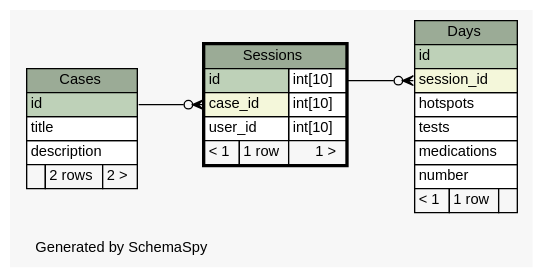
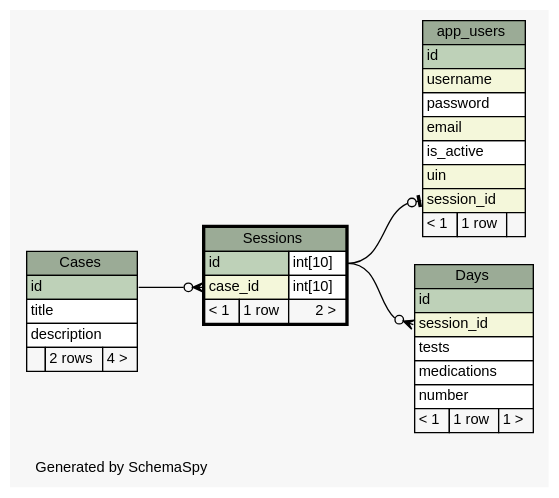
The diagram in web/files/schema/diagrams/Sessions.1degree.dot (carrel2/CaseStudies), drawn with Graphviz before and after one commit. The commit also changed 87 other files, not shown here.

Commit message:
More work on database schema

```diff
--- a/web/files/schema/diagrams/Sessions.1degree.dot
+++ b/web/files/schema/diagrams/Sessions.1degree.dot
@@ -1,63 +1,78 @@
 // dot 2.38.0 on Linux 4.4.0-59-generic
 // SchemaSpy rev 590
 digraph "oneDegreeRelationshipsDiagram" {
   graph [
     rankdir="RL"
     bgcolor="#f7f7f7"
     label="\nGenerated by SchemaSpy"
     labeljust="l"
     nodesep="0.18"
     ranksep="0.46"
     fontname="Helvetica"
     fontsize="11"
   ];
   node [
     fontname="Helvetica"
     fontsize="11"
     shape="plaintext"
   ];
   edge [
     arrowsize="0.8"
   ];
+  "app_users":"session_id":w -> "Sessions":"id.type":e [arrowhead=none dir=back arrowtail=teeodot];
   "Days":"session_id":w -> "Sessions":"id.type":e [arrowhead=none dir=back arrowtail=crowodot];
   "Sessions":"case_id":w -> "Cases":"id":e [arrowhead=none dir=back arrowtail=crowodot];
+  "app_users" [
+    label=<
+    <TABLE BORDER="0" CELLBORDER="1" CELLSPACING="0" BGCOLOR="#ffffff">
+      <TR><TD COLSPAN="3" BGCOLOR="#9bab96" ALIGN="CENTER">app_users</TD></TR>
+      <TR><TD PORT="id" COLSPAN="3" BGCOLOR="#bed1b8" ALIGN="LEFT">id</TD></TR>
+      <TR><TD PORT="username" COLSPAN="3" BGCOLOR="#f4f7da" ALIGN="LEFT">username</TD></TR>
+      <TR><TD PORT="password" COLSPAN="3" ALIGN="LEFT">password</TD></TR>
+      <TR><TD PORT="email" COLSPAN="3" BGCOLOR="#f4f7da" ALIGN="LEFT">email</TD></TR>
+      <TR><TD PORT="is_active" COLSPAN="3" ALIGN="LEFT">is_active</TD></TR>
+      <TR><TD PORT="uin" COLSPAN="3" BGCOLOR="#f4f7da" ALIGN="LEFT">uin</TD></TR>
+      <TR><TD PORT="session_id" COLSPAN="3" BGCOLOR="#f4f7da" ALIGN="LEFT">session_id</TD></TR>
+      <TR><TD ALIGN="LEFT" BGCOLOR="#f7f7f7">&lt; 1</TD><TD ALIGN="RIGHT" BGCOLOR="#f7f7f7">1 row</TD><TD ALIGN="RIGHT" BGCOLOR="#f7f7f7">  </TD></TR>
+    </TABLE>>
+    URL="app_users.html"
+    tooltip="app_users"
+  ];
   "Cases" [
     label=<
     <TABLE BORDER="0" CELLBORDER="1" CELLSPACING="0" BGCOLOR="#ffffff">
       <TR><TD COLSPAN="3" BGCOLOR="#9bab96" ALIGN="CENTER">Cases</TD></TR>
       <TR><TD PORT="id" COLSPAN="3" BGCOLOR="#bed1b8" ALIGN="LEFT">id</TD></TR>
       <TR><TD PORT="title" COLSPAN="3" ALIGN="LEFT">title</TD></TR>
       <TR><TD PORT="description" COLSPAN="3" ALIGN="LEFT">description</TD></TR>
-      <TR><TD ALIGN="LEFT" BGCOLOR="#f7f7f7">  </TD><TD ALIGN="RIGHT" BGCOLOR="#f7f7f7">2 rows</TD><TD ALIGN="RIGHT" BGCOLOR="#f7f7f7">2 &gt;</TD></TR>
+      <TR><TD ALIGN="LEFT" BGCOLOR="#f7f7f7">  </TD><TD ALIGN="RIGHT" BGCOLOR="#f7f7f7">2 rows</TD><TD ALIGN="RIGHT" BGCOLOR="#f7f7f7">4 &gt;</TD></TR>
     </TABLE>>
     URL="Cases.html"
     tooltip="Cases"
   ];
   "Days" [
     label=<
     <TABLE BORDER="0" CELLBORDER="1" CELLSPACING="0" BGCOLOR="#ffffff">
       <TR><TD COLSPAN="3" BGCOLOR="#9bab96" ALIGN="CENTER">Days</TD></TR>
       <TR><TD PORT="id" COLSPAN="3" BGCOLOR="#bed1b8" ALIGN="LEFT">id</TD></TR>
       <TR><TD PORT="session_id" COLSPAN="3" BGCOLOR="#f4f7da" ALIGN="LEFT">session_id</TD></TR>
-      <TR><TD PORT="hotspots" COLSPAN="3" ALIGN="LEFT">hotspots</TD></TR>
       <TR><TD PORT="tests" COLSPAN="3" ALIGN="LEFT">tests</TD></TR>
       <TR><TD PORT="medications" COLSPAN="3" ALIGN="LEFT">medications</TD></TR>
       <TR><TD PORT="number" COLSPAN="3" ALIGN="LEFT">number</TD></TR>
-      <TR><TD ALIGN="LEFT" BGCOLOR="#f7f7f7">&lt; 1</TD><TD ALIGN="RIGHT" BGCOLOR="#f7f7f7">1 row</TD><TD ALIGN="RIGHT" BGCOLOR="#f7f7f7">  </TD></TR>
+      <TR><TD ALIGN="LEFT" BGCOLOR="#f7f7f7">&lt; 1</TD><TD ALIGN="RIGHT" BGCOLOR="#f7f7f7">1 row</TD><TD ALIGN="RIGHT" BGCOLOR="#f7f7f7">1 &gt;</TD></TR>
     </TABLE>>
     URL="Days.html"
     tooltip="Days"
   ];
   "Sessions" [
     label=<
     <TABLE BORDER="2" CELLBORDER="1" CELLSPACING="0" BGCOLOR="#ffffff">
       <TR><TD COLSPAN="3" BGCOLOR="#9bab96" ALIGN="CENTER">Sessions</TD></TR>
       <TR><TD PORT="id" COLSPAN="2" BGCOLOR="#bed1b8" ALIGN="LEFT">id</TD><TD PORT="id.type" ALIGN="LEFT">int[10]</TD></TR>
       <TR><TD PORT="case_id" COLSPAN="2" BGCOLOR="#f4f7da" ALIGN="LEFT">case_id</TD><TD PORT="case_id.type" ALIGN="LEFT">int[10]</TD></TR>
-      <TR><TD PORT="user_id" COLSPAN="2" ALIGN="LEFT">user_id</TD><TD PORT="user_id.type" ALIGN="LEFT">int[10]</TD></TR>
-      <TR><TD ALIGN="LEFT" BGCOLOR="#f7f7f7">&lt; 1</TD><TD ALIGN="RIGHT" BGCOLOR="#f7f7f7">1 row</TD><TD ALIGN="RIGHT" BGCOLOR="#f7f7f7">1 &gt;</TD></TR>
+      <TR><TD ALIGN="LEFT" BGCOLOR="#f7f7f7">&lt; 1</TD><TD ALIGN="RIGHT" BGCOLOR="#f7f7f7">1 row</TD><TD ALIGN="RIGHT" BGCOLOR="#f7f7f7">2 &gt;</TD></TR>
     </TABLE>>
     URL="Sessions.html"
     tooltip="Sessions"
   ];
 }
```
